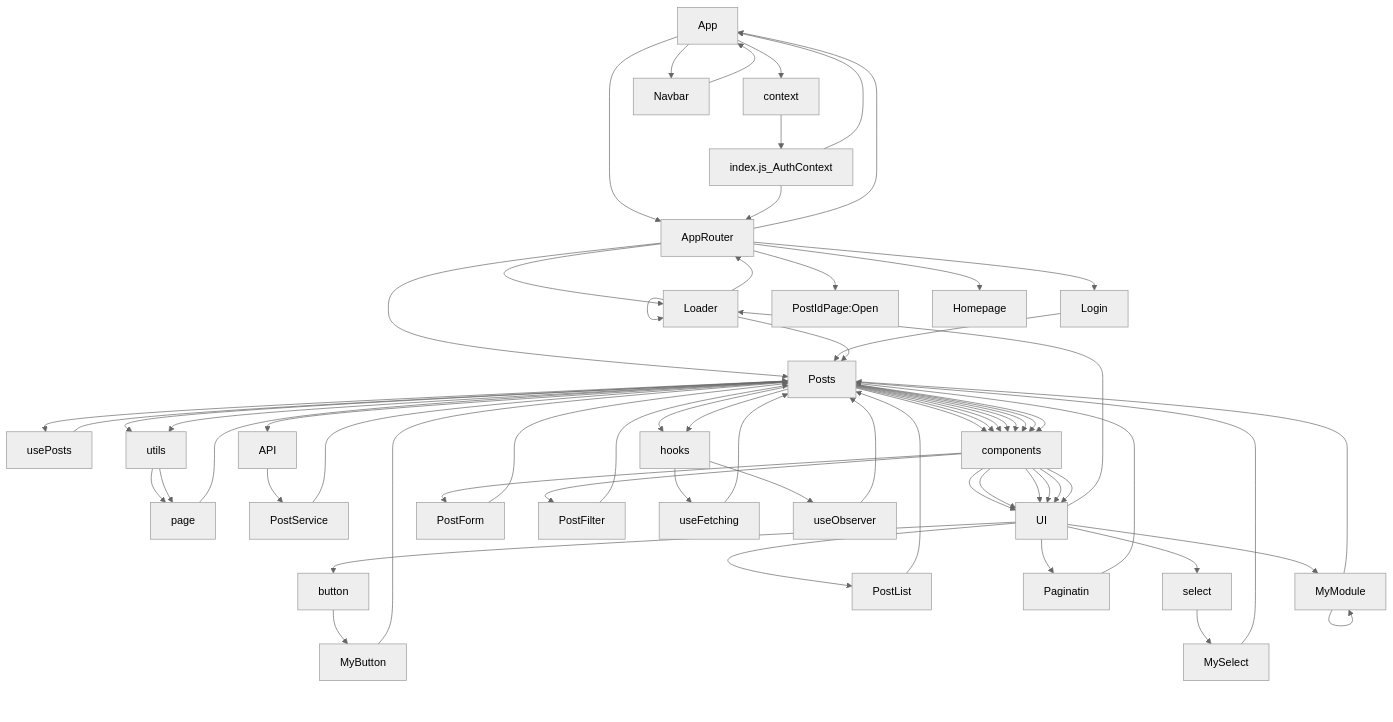
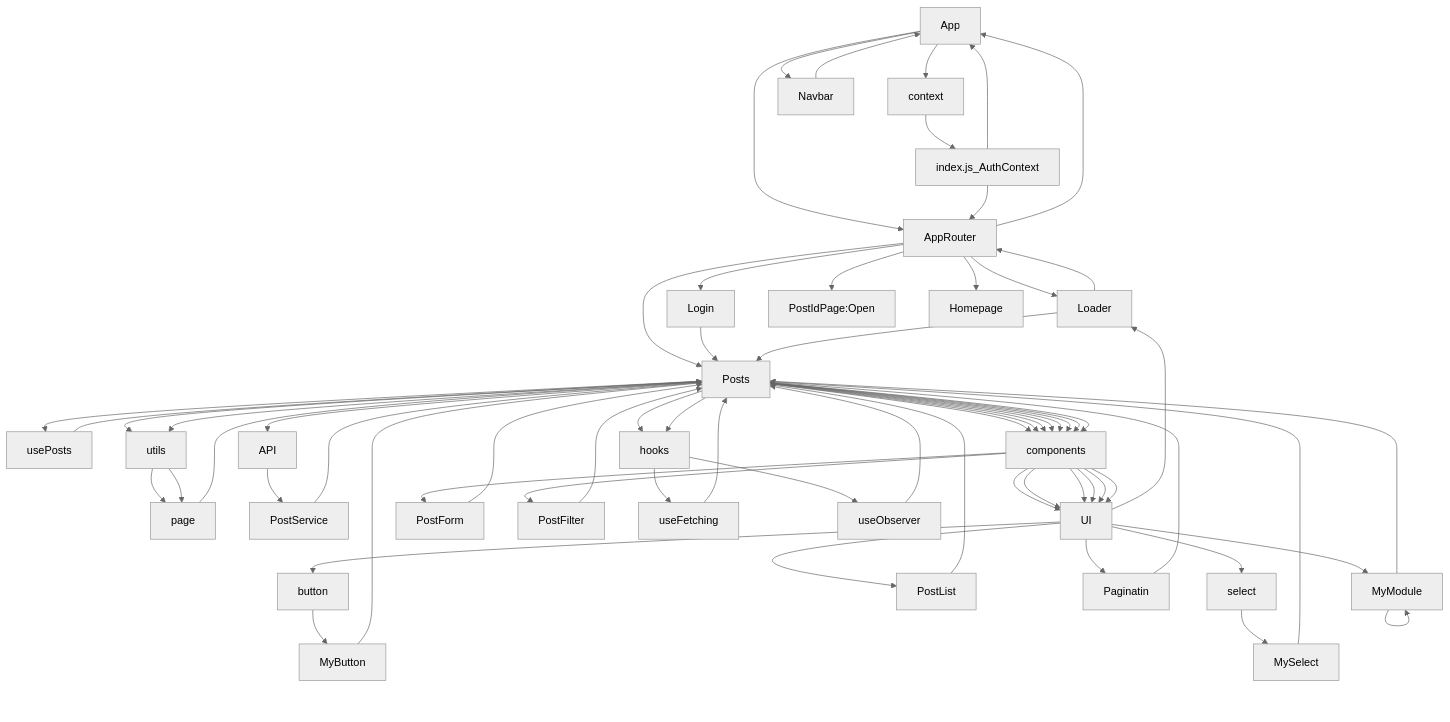
The first of 2 diagrams in README.md (Freeze35/test-react-project), drawn with Mermaid (neutral theme) before and after one commit.

````diff
--- a/README.md
+++ b/README.md
@@ -112,40 +112,40 @@
 ```mermaid
 graph TD;
    App-->context-->index.js_AuthContext-->App
    App-->Navbar
    App-->AppRouter
    Navbar-->App
    AppRouter-->App
    index.js_AuthContext-->AppRouter
    AppRouter-->Loader
    Loader-->AppRouter
    AppRouter-->Posts
    AppRouter-->Login
    Login-->Posts
    AppRouter-->PostIdPage:Open
    AppRouter-->Homepage
    Posts-->usePosts-->Posts
    Posts-->utils-->page-->Posts
    Posts-->API-->PostService-->Posts
    Posts-->utils-->page
    Posts-->components-->UI-->button-->MyButton
    MyButton-->Posts
    Posts-->components-->UI-->MyModule-->MyModule
    MyModule-->Posts
    Posts-->components-->PostForm
    PostForm-->Posts
    Posts-->components-->PostFilter
    PostFilter-->Posts
    Posts-->components-->UI-->PostList
    PostList-->Posts
-   Posts-->components-->UI-->Loader-->Loader
+   Posts-->components-->UI-->Loader
    Loader-->Posts
    Posts-->components-->UI-->Paginatin
    Paginatin-->Posts
    Posts-->hooks-->useFetching
    useFetching-->Posts
    Posts-->hooks-->useObserver
    useObserver-->Posts
    Posts-->components-->UI-->select-->MySelect
    MySelect-->Posts
 ```
````
